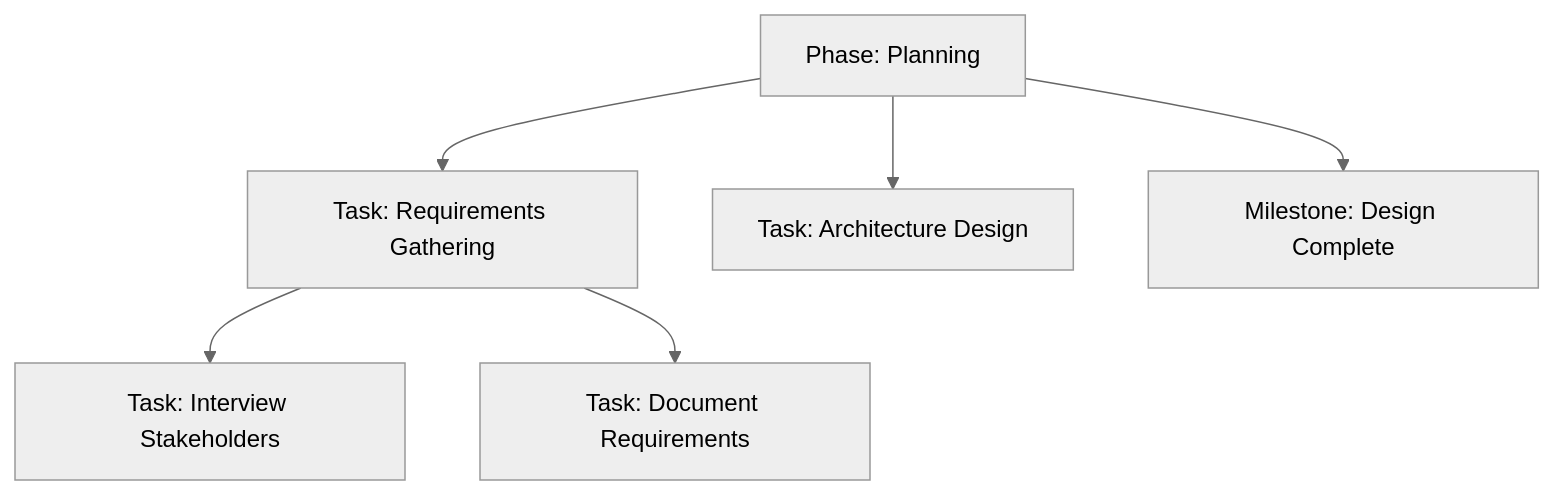
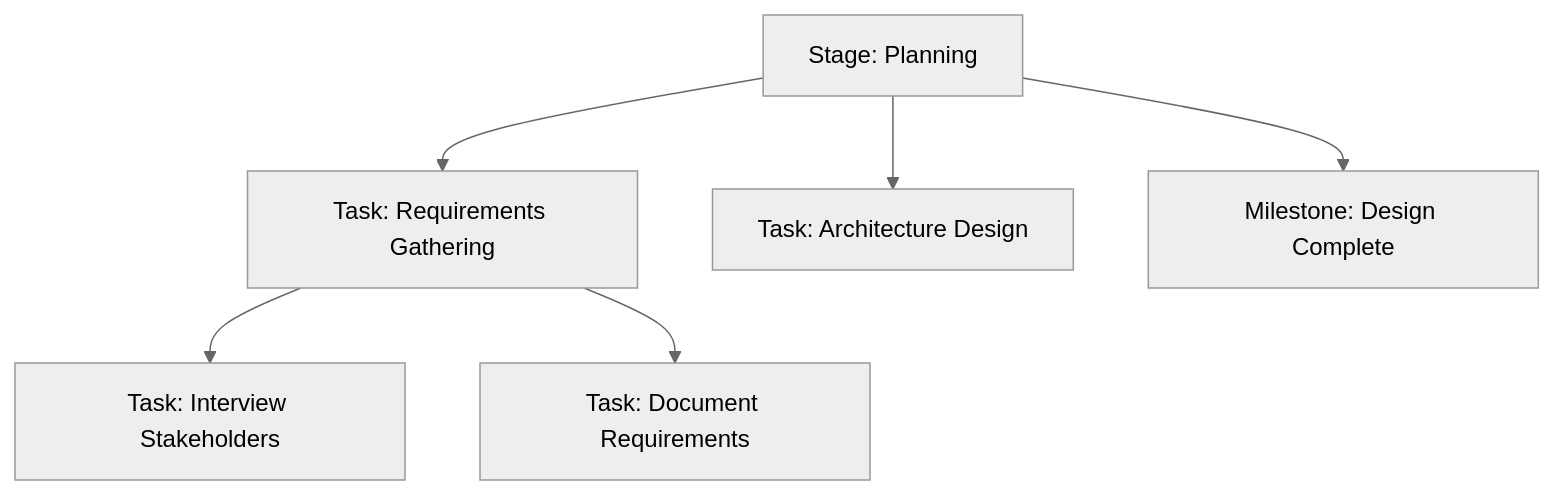
One commit to destacey/Wayd changed the second of 2 diagrams in docs/user-guide/ppm/projects.mdx. Above: the diagram before and after it, drawn with Mermaid (neutral theme). The commit also changed other lines of this file and 11 other files, not shown here.

````diff
--- a/docs/user-guide/ppm/projects.mdx
+++ b/docs/user-guide/ppm/projects.mdx
@@ -308,15 +308,15 @@
 ```mermaid
 graph TD
-    P1["Phase: Planning"]
+    P1["Stage: Planning"]
     T1["Task: Requirements Gathering"]
     T2["Task: Architecture Design"]
     M1["Milestone: Design Complete"]
     T3["Task: Interview Stakeholders"]
     T4["Task: Document Requirements"]
 
     P1 --> T1
     P1 --> T2
     P1 --> M1
     T1 --> T3
     T1 --> T4
 ```
````
